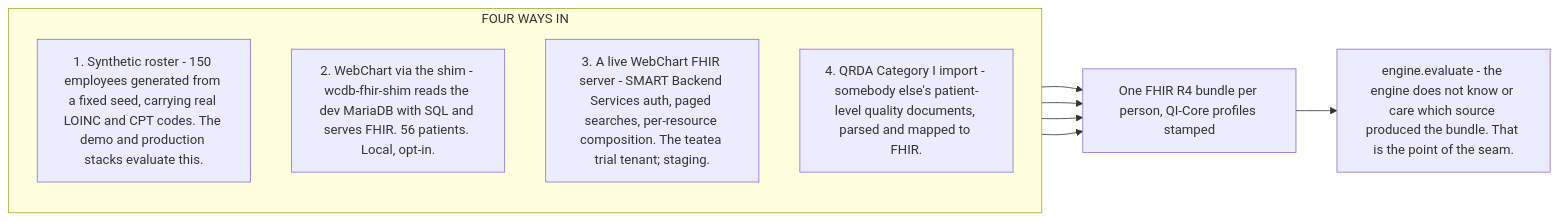
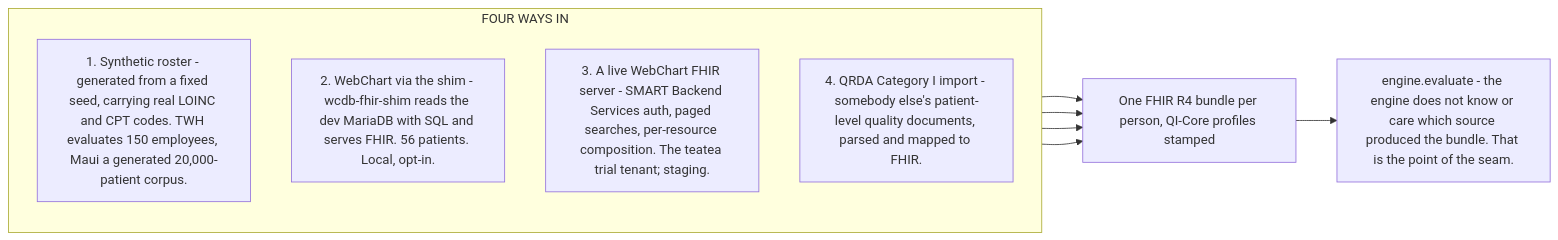
Before and after one commit to Taleef7/workwell: the first of 3 diagrams in docs/guide/06-data-and-databases.md, drawn with Mermaid. The commit also changed other lines of this file and 24 other files, not shown here.

First line of the commit message:
docs: WorkWell assists WebChart, and Maui and TWH are two instances of one product (#761)

````diff
--- a/docs/guide/06-data-and-databases.md
+++ b/docs/guide/06-data-and-databases.md
@@ -13,15 +13,15 @@
 ```mermaid
 flowchart LR
   subgraph SRC["FOUR WAYS IN"]
     direction TB
-    D1["1. Synthetic roster - 150 employees generated from a fixed seed, carrying real LOINC and CPT codes. The demo and production stacks evaluate this."]
+    D1["1. Synthetic roster - generated from a fixed seed, carrying real LOINC and CPT codes. TWH evaluates 150 employees, Maui a generated 20,000-patient corpus."]
     D2["2. WebChart via the shim - wcdb-fhir-shim reads the dev MariaDB with SQL and serves FHIR. 56 patients. Local, opt-in."]
     D3["3. A live WebChart FHIR server - SMART Backend Services auth, paged searches, per-resource composition. The teatea trial tenant; staging."]
     D4["4. QRDA Category I import - somebody else's patient-level quality documents, parsed and mapped to FHIR."]
   end
   D1 --> B["One FHIR R4 bundle per person, QI-Core profiles stamped"]
   D2 --> B
   D3 --> B
   D4 --> B
   B --> E["engine.evaluate - the engine does not know or care which source produced the bundle. That is the point of the seam."]
 ```
````
